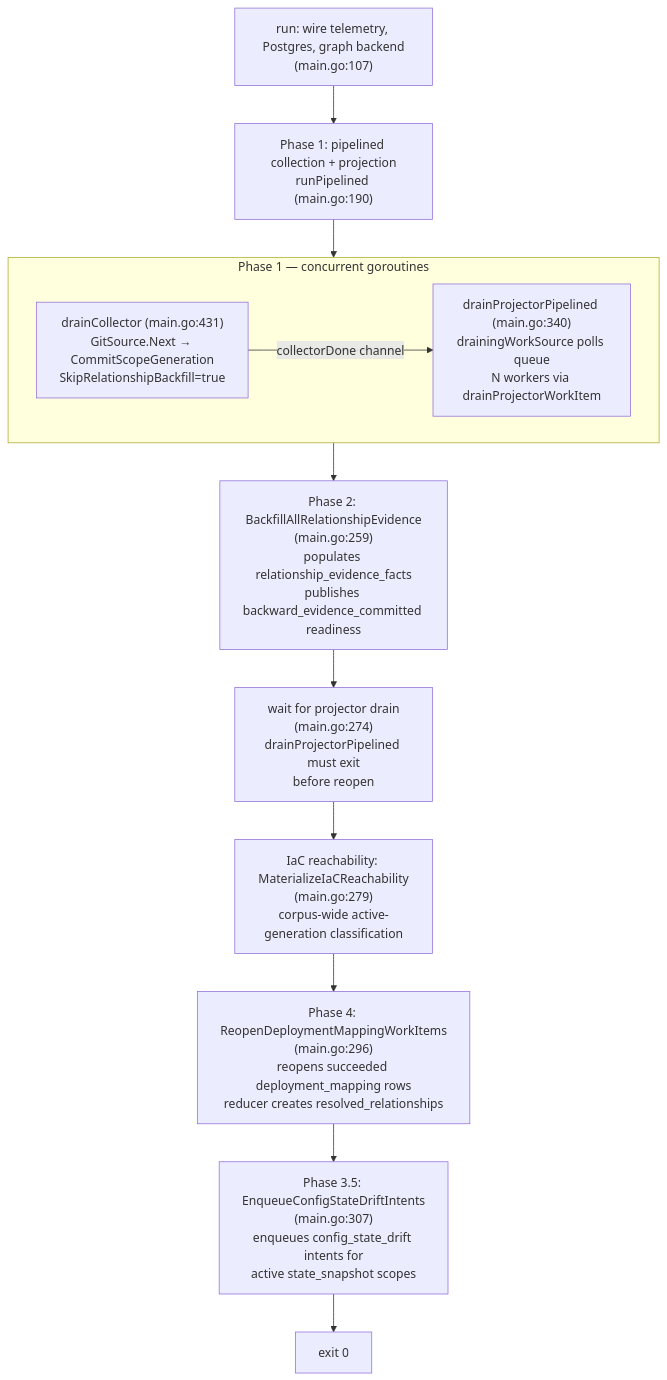
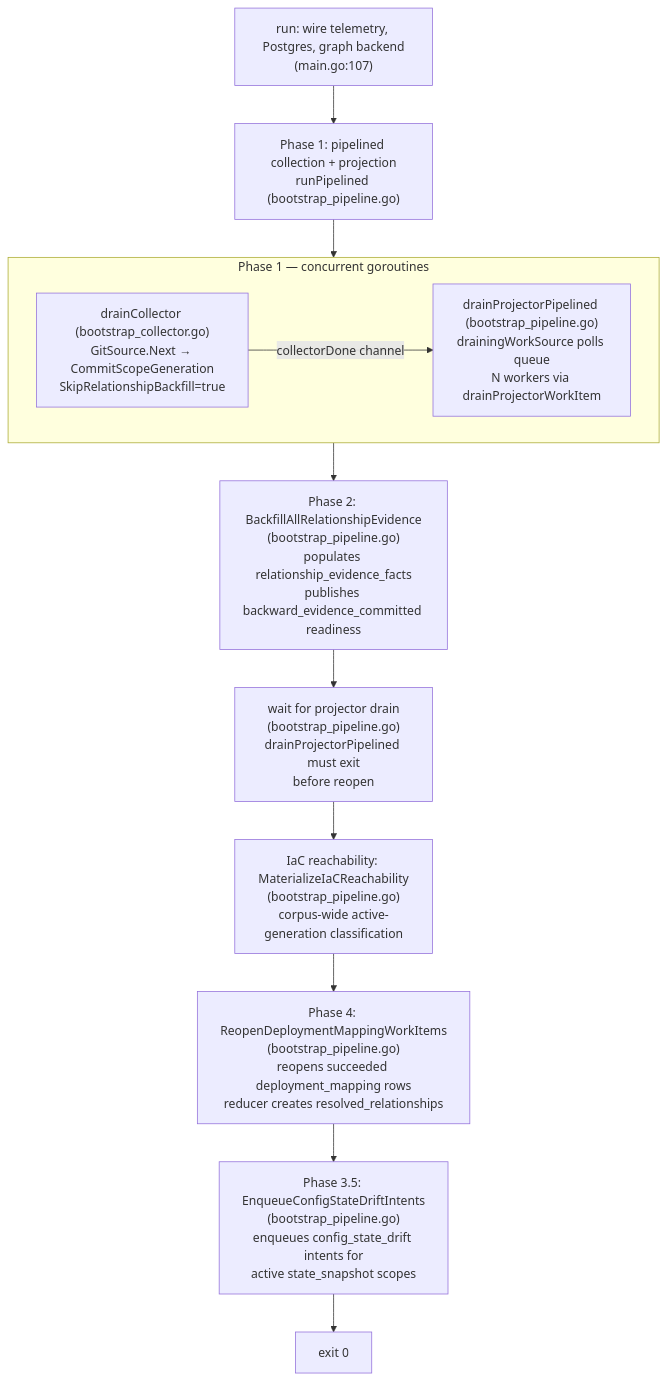
Before and after one commit to eshu-hq/eshu: the diagram in go/cmd/bootstrap-index/README.md, drawn with Mermaid. The commit also changed other lines of this file and 7 other files, not shown here.

First line of the commit message:
refactor(bootstrap-index): split main.go by phase under 400 lines (#3791, #3687) (#4269)

````diff
--- a/go/cmd/bootstrap-index/README.md
+++ b/go/cmd/bootstrap-index/README.md
@@ -40,19 +40,19 @@
 ```mermaid
 flowchart TD
     A["run: wire telemetry, Postgres, graph backend\n(main.go:107)"]
-    A --> B["Phase 1: pipelined collection + projection\nrunPipelined (main.go:190)"]
+    A --> B["Phase 1: pipelined collection + projection\nrunPipelined (bootstrap_pipeline.go)"]
 
     subgraph Phase1["Phase 1 — concurrent goroutines"]
-        C["drainCollector (main.go:431)\nGitSource.Next → CommitScopeGeneration\nSkipRelationshipBackfill=true"]
-        D["drainProjectorPipelined (main.go:340)\ndrainingWorkSource polls queue\nN workers via drainProjectorWorkItem"]
+        C["drainCollector (bootstrap_collector.go)\nGitSource.Next → CommitScopeGeneration\nSkipRelationshipBackfill=true"]
+        D["drainProjectorPipelined (bootstrap_pipeline.go)\ndrainingWorkSource polls queue\nN workers via drainProjectorWorkItem"]
         C -- "collectorDone channel" --> D
     end
 
     B --> Phase1
-    Phase1 --> E["Phase 2: BackfillAllRelationshipEvidence\n(main.go:259)\npopulates relationship_evidence_facts\npublishes backward_evidence_committed readiness"]
-    E --> F["wait for projector drain\n(main.go:274)\ndrainProjectorPipelined must exit\nbefore reopen"]
-    F --> G["IaC reachability: MaterializeIaCReachability\n(main.go:279)\ncorpus-wide active-generation classification"]
-    G --> H["Phase 4: ReopenDeploymentMappingWorkItems\n(main.go:296)\nreopens succeeded deployment_mapping rows\nreducer creates resolved_relationships"]
-    H --> H2["Phase 3.5: EnqueueConfigStateDriftIntents\n(main.go:307)\nenqueues config_state_drift intents for\nactive state_snapshot scopes"]
+    Phase1 --> E["Phase 2: BackfillAllRelationshipEvidence\n(bootstrap_pipeline.go)\npopulates relationship_evidence_facts\npublishes backward_evidence_committed readiness"]
+    E --> F["wait for projector drain\n(bootstrap_pipeline.go)\ndrainProjectorPipelined must exit\nbefore reopen"]
+    F --> G["IaC reachability: MaterializeIaCReachability\n(bootstrap_pipeline.go)\ncorpus-wide active-generation classification"]
+    G --> H["Phase 4: ReopenDeploymentMappingWorkItems\n(bootstrap_pipeline.go)\nreopens succeeded deployment_mapping rows\nreducer creates resolved_relationships"]
+    H --> H2["Phase 3.5: EnqueueConfigStateDriftIntents\n(bootstrap_pipeline.go)\nenqueues config_state_drift intents for\nactive state_snapshot scopes"]
     H2 --> I["exit 0"]
 ```
````
